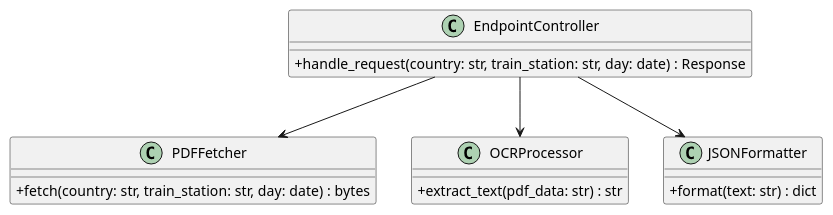
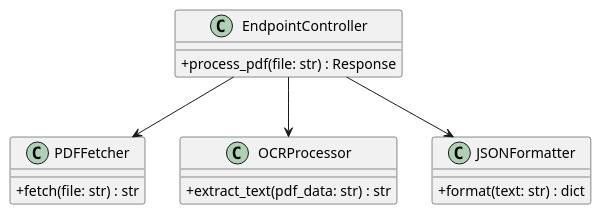
One commit to CPNV-ES-BI1-RIA2-ETL-INTERNAL-SOURCE/INTERNAL-SOURCE-EXTRACT changed the diagram in diagrams/classDiagram.puml. Above: the diagram before and after it, drawn with PlantUML.

Commit message:
docs: update diagram to match implementation

```diff
--- a/diagrams/classDiagram.puml
+++ b/diagrams/classDiagram.puml
@@ -1,23 +1,23 @@
 @startuml
 skinparam classAttributeIconSize 0
 
 class EndpointController {
-    + handle_request(country: str, train_station: str, day: date) : Response
+    + process_pdf(file: str) : Response
 }
 
 class PDFFetcher {
-    + fetch(country: str, train_station: str, day: date) : bytes
+    + fetch(file: str) : str
 }
 
 class OCRProcessor {
     + extract_text(pdf_data: str) : str
 }
 
 class JSONFormatter {
     + format(text: str) : dict
 }
 
 EndpointController --> PDFFetcher
 EndpointController --> OCRProcessor
 EndpointController --> JSONFormatter
 @enduml
```
